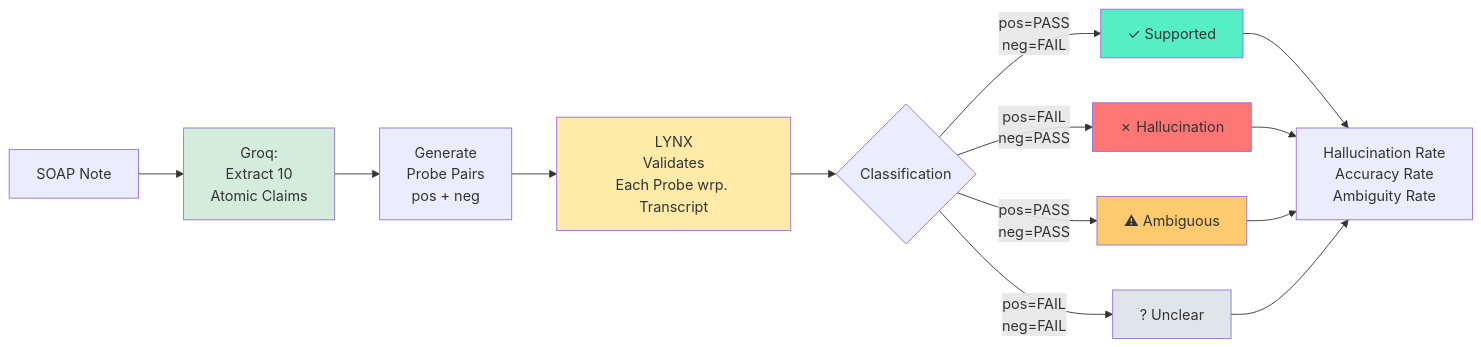
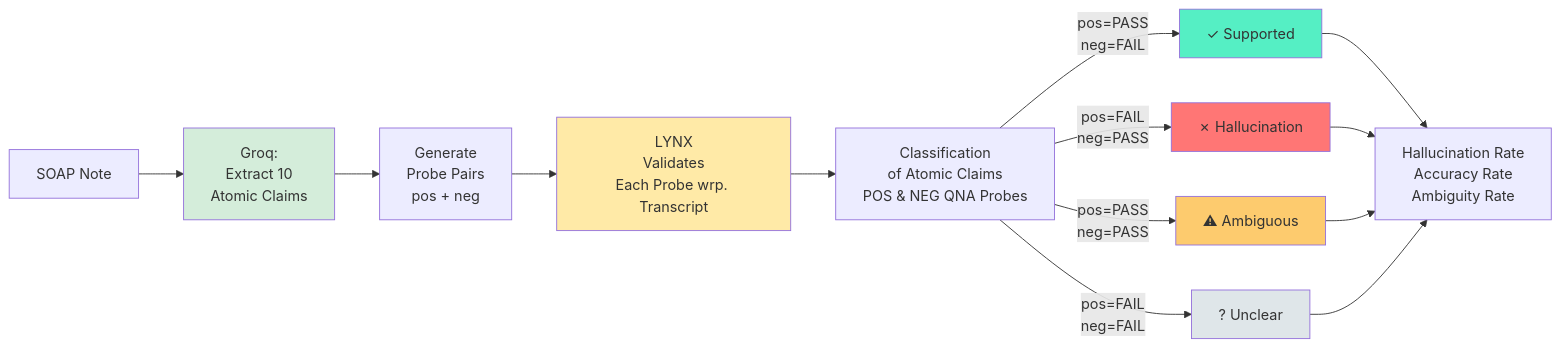
Before and after one commit to snehitvaddi/SOAP-QualitySuite: the third of 3 diagrams in README.md, drawn with Mermaid.

Commit message:
Update classification description in README
Clarify the classification of atomic claims in the diagram.

````diff
--- a/README.md
+++ b/README.md
@@ -203,24 +203,24 @@
 ```mermaid
 graph LR
     A[SOAP Note] --> B[Groq:<br/>Extract 10<br/>Atomic Claims]
     B --> C[Generate<br/>Probe Pairs<br/>pos + neg]
     C --> D[LYNX<br/>Validates<br/>Each Probe wrp. Transcript]
-    D --> E{Classification}
+    D --> E[Classification<br/>of Atomic Claims<br/>POS & NEG QNA Probes]
     
     E -->|pos=PASS<br/>neg=FAIL| F[✓ Supported]
     E -->|pos=FAIL<br/>neg=PASS| G[✗ Hallucination]
     E -->|pos=PASS<br/>neg=PASS| H[⚠ Ambiguous]
     E -->|pos=FAIL<br/>neg=FAIL| I[? Unclear]
     
     F --> J[Hallucination Rate<br/>Accuracy Rate<br/>Ambiguity Rate]
     G --> J
     H --> J
     I --> J
     
     style B fill:#d4edda
     style D fill:#ffeaa7
     style F fill:#55efc4
     style G fill:#ff7675
     style H fill:#fdcb6e
     style I fill:#dfe6e9
 ```
````
